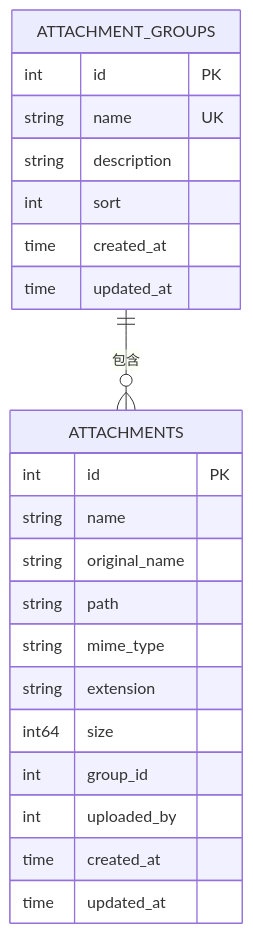
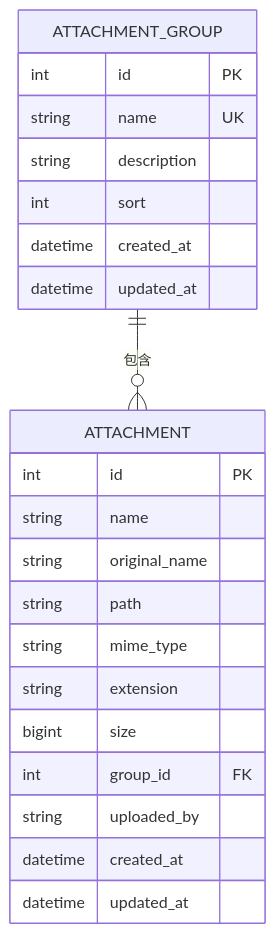
The sixth of 12 diagrams in .qoder/repowiki/zh/content/数据库设计/数据库设计.md (wuwuseo/e-sports-go-admin), drawn with Mermaid before and after one commit. The commit also changed other lines of this file and 115 other files, not shown here.

````diff
--- a/.qoder/repowiki/zh/content/数据库设计/数据库设计.md
+++ b/.qoder/repowiki/zh/content/数据库设计/数据库设计.md
@@ -289,25 +298,25 @@
 ```mermaid
 erDiagram
-ATTACHMENT_GROUPS {
+ATTACHMENT_GROUP {
 int id PK
 string name UK
 string description
 int sort
-time created_at
-time updated_at
+datetime created_at
+datetime updated_at
 }
-ATTACHMENTS {
+ATTACHMENT {
 int id PK
 string name
 string original_name
 string path
 string mime_type
 string extension
-int64 size
-int group_id
-int uploaded_by
-time created_at
-time updated_at
+bigint size
+int group_id FK
+string uploaded_by
+datetime created_at
+datetime updated_at
 }
-ATTACHMENT_GROUPS ||--o{ ATTACHMENTS : "包含"
+ATTACHMENT_GROUP ||--o{ ATTACHMENT : "包含"
 ```
````
